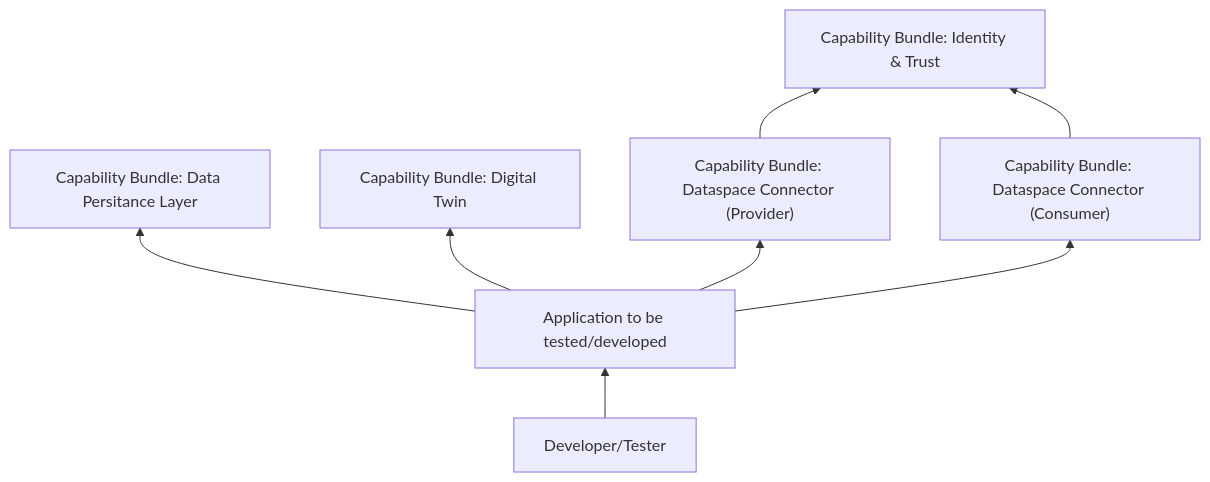
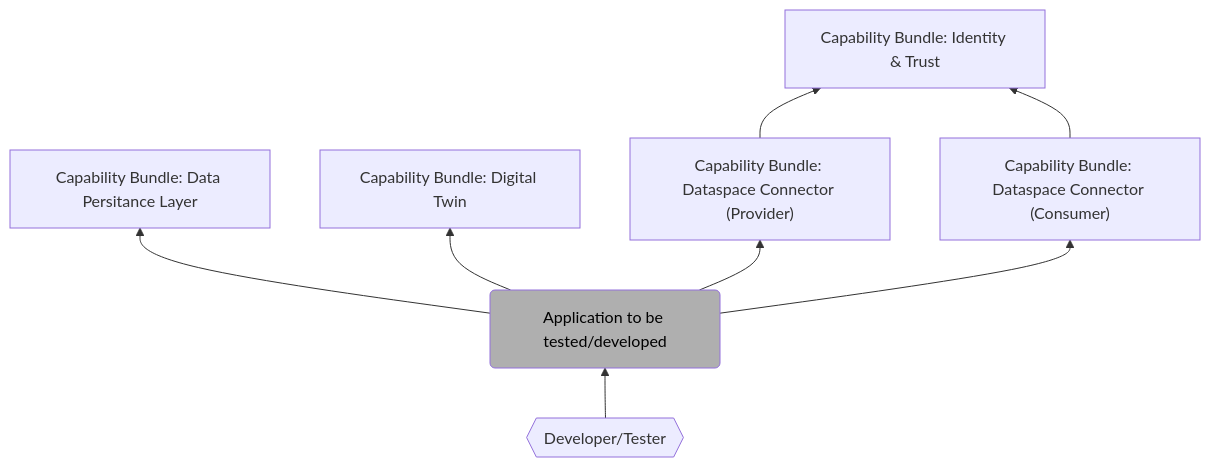
The sixth of 8 diagrams in docs/concept/TAP7.1-solution-design.md (eclipse-tractusx/tractus-x-umbrella), drawn with Mermaid before and after one commit. The commit also changed other lines of this file, not shown here.

`````diff
--- a/docs/concept/TAP7.1-solution-design.md
+++ b/docs/concept/TAP7.1-solution-design.md
@@ -391,17 +396,18 @@
 ````mermaid
 flowchart BT
     A["Capability Bundle: Identity & Trust"]
     B["Capability Bundle: Data Persitance Layer"]
-    C["Application to be tested/developed"]
+    C("Application to be tested/developed")
+    style C fill:#afafaf,color:black
     D["Capability Bundle: Digital Twin"]
     E["Capability Bundle: Dataspace Connector (Provider)"]
     F["Capability Bundle: Dataspace Connector (Consumer)"]
-    G["Developer/Tester"]
+    G{{"Developer/Tester"}}
     C --> B
     C --> D
     C --> E
     C --> F
     E --> A
     F --> A
     G --> C
 ````
`````
